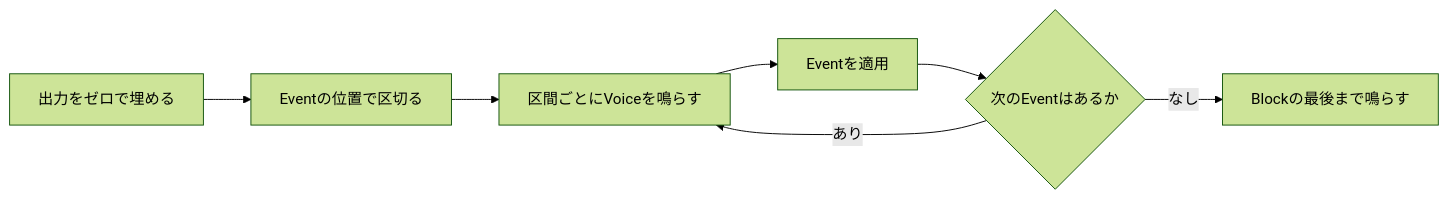
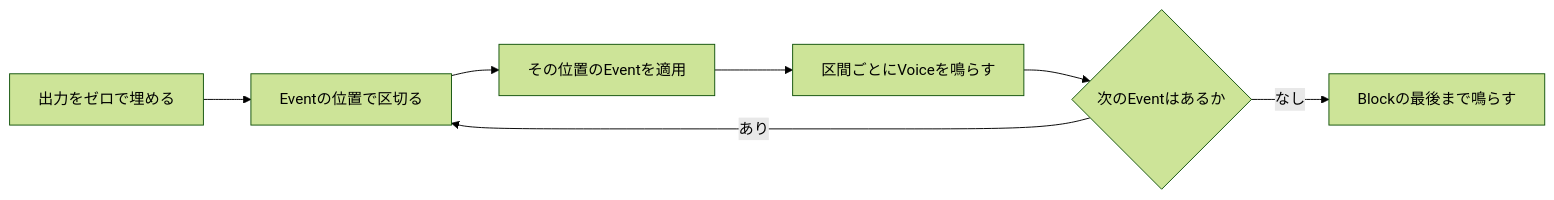
The first of 4 diagrams in docs/runtime-processing.md (endo-ly/sonalloy), drawn with Mermaid (forest theme) before and after one commit. The commit also changed other lines of this file and 18 other files, not shown here.

````diff
--- a/docs/runtime-processing.md
+++ b/docs/runtime-processing.md
@@ -19,9 +19,9 @@
 ```mermaid
 flowchart LR
     A[出力をゼロで埋める] --> B[Eventの位置で区切る]
-    B --> C[区間ごとにVoiceを鳴らす]
-    C --> D[Eventを適用]
+    B --> C[その位置のEventを適用]
+    C --> D[区間ごとにVoiceを鳴らす]
     D --> E{次のEventはあるか}
-    E -- あり --> C
+    E -- あり --> B
     E -- なし --> F[Blockの最後まで鳴らす]
 ```
````
